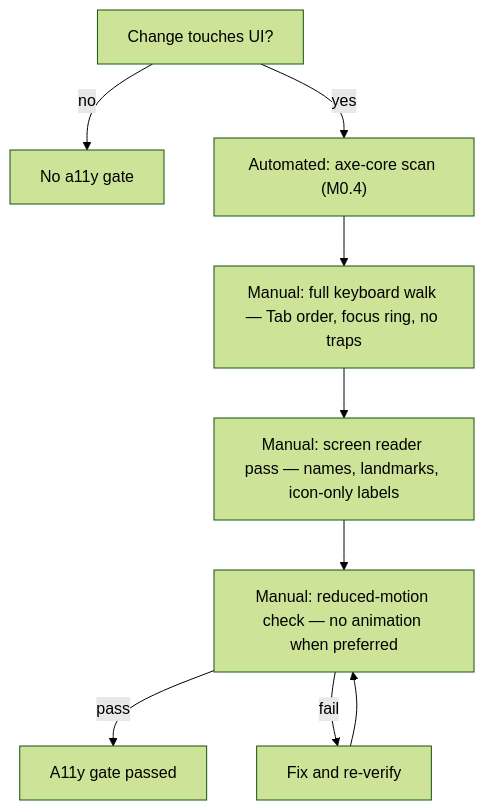
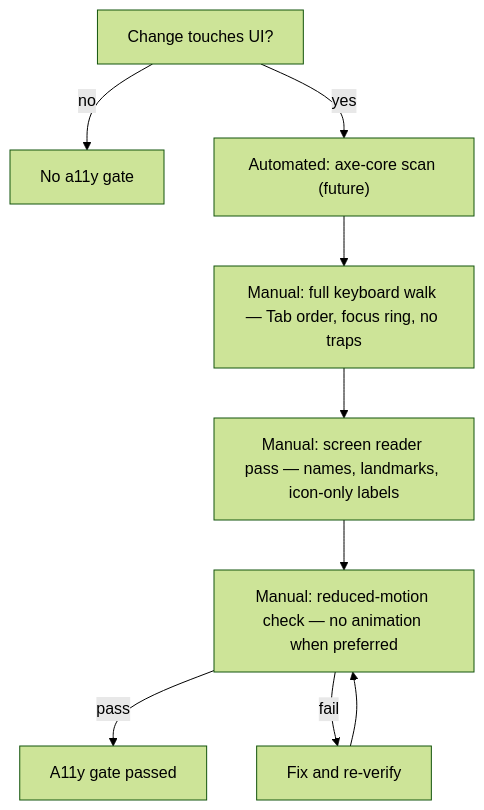
The diagram in docs/40-engineering/Accessibility.md (moughamir/dex), drawn with Mermaid (forest theme) before and after one commit. The commit also changed other lines of this file and 36 other files, not shown here.

````diff
--- a/docs/40-engineering/Accessibility.md
+++ b/docs/40-engineering/Accessibility.md
@@ -118,11 +117,11 @@
 ```mermaid
 flowchart TD
     A["Change touches UI?"] -->|no| PASS["No a11y gate"]
-    A -->|yes| B["Automated: axe-core scan (M0.4)"]
+    A -->|yes| B["Automated: axe-core scan (future)"]
     B --> C["Manual: full keyboard walk — Tab order, focus ring, no traps"]
     C --> D["Manual: screen reader pass — names, landmarks, icon-only labels"]
     D --> E["Manual: reduced-motion check — no animation when preferred"]
     E -->|pass| PASS2["A11y gate passed"]
     E -->|fail| F["Fix and re-verify"]
     F --> E
 ```
````
